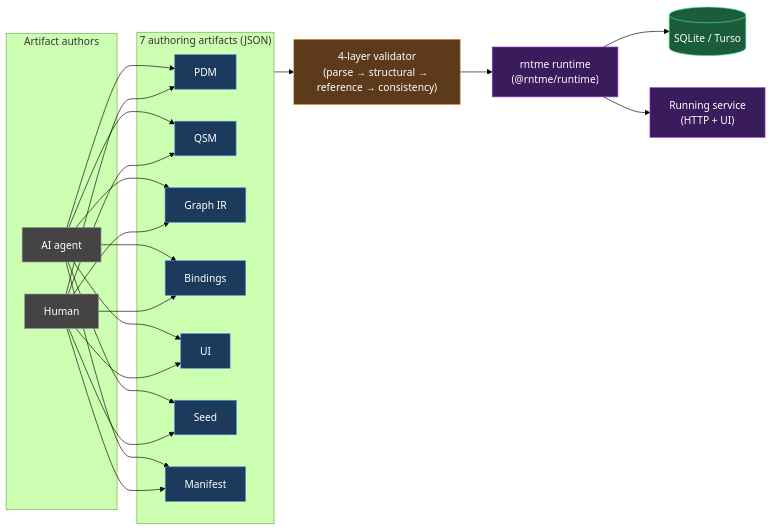
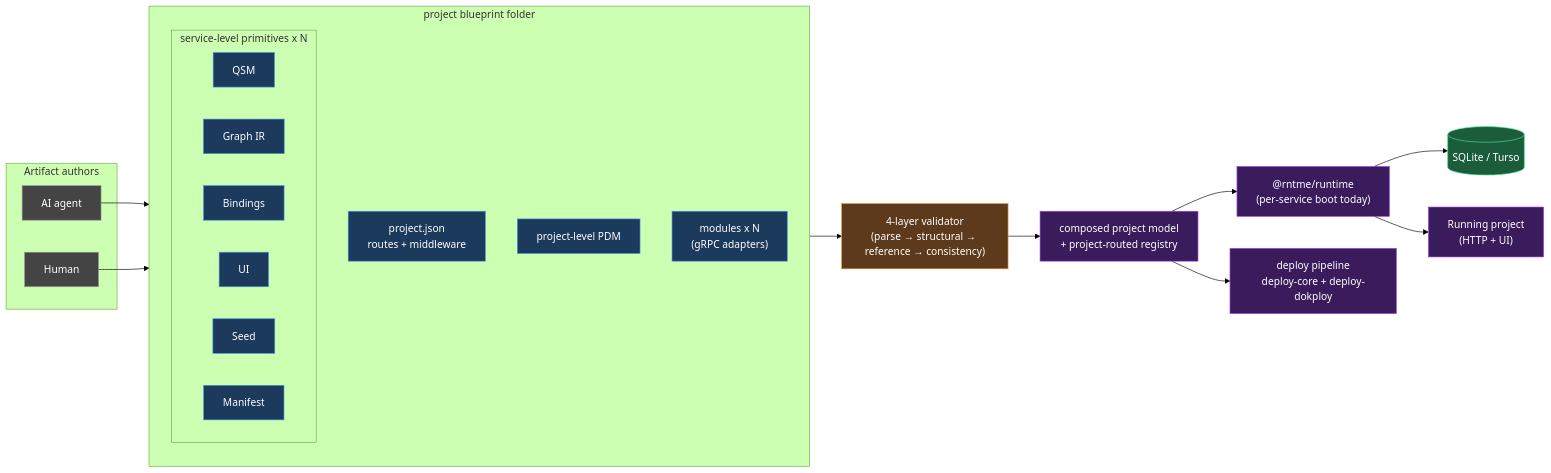
One commit to vladprrs/rntme changed the first of 18 diagrams in docs/architecture.md. Above: the diagram before and after it, drawn with Mermaid (forest theme). The commit also changed other lines of this file and 11 other files, not shown here.

````diff
--- a/docs/architecture.md
+++ b/docs/architecture.md
@@ -43,32 +43,40 @@
 ```mermaid
 flowchart LR
     subgraph authors["Artifact authors"]
         A["AI agent"]:::external
         H["Human"]:::external
     end
-    subgraph artifacts["7 authoring artifacts (JSON)"]
-        PDM["PDM"]:::artifact
-        QSM["QSM"]:::artifact
-        IR["Graph IR"]:::artifact
-        B["Bindings"]:::artifact
-        UI["UI"]:::artifact
-        S["Seed"]:::artifact
-        M["Manifest"]:::artifact
+    subgraph project["project blueprint folder"]
+        direction TB
+        PJ["project.json<br/>routes + middleware"]:::artifact
+        PPDM["project-level PDM"]:::artifact
+        subgraph svc["service-level primitives x N"]
+            QSM["QSM"]:::artifact
+            IR["Graph IR"]:::artifact
+            B["Bindings"]:::artifact
+            UI["UI"]:::artifact
+            S["Seed"]:::artifact
+            M["Manifest"]:::artifact
+        end
+        MOD["modules x N<br/>(gRPC adapters)"]:::artifact
     end
     V["4-layer validator<br/>(parse → structural → reference → consistency)"]:::validator
-    R["rntme runtime<br/>(@rntme/runtime)"]:::runtime
+    C["composed project model<br/>+ project-routed registry"]:::runtime
+    R["@rntme/runtime<br/>(per-service boot today)"]:::runtime
+    D["deploy pipeline<br/>deploy-core + deploy-dokploy"]:::runtime
     DB[("SQLite / Turso")]:::storage
-    UIS["Running service<br/>(HTTP + UI)"]:::runtime
+    UIS["Running project<br/>(HTTP + UI)"]:::runtime
 
-    A --> PDM & QSM & IR & B & UI & S & M
-    H --> PDM & QSM & IR & B & UI & S & M
-    artifacts --> V --> R
+    A --> project
+    H --> project
+    project --> V --> C --> R
+    C --> D
     R --> DB
     R --> UIS
 
     classDef artifact fill:#1b3a5c,stroke:#4a90e2,color:#fff;
     classDef validator fill:#5c3a1b,stroke:#e29a4a,color:#fff;
     classDef storage fill:#1b5c3a,stroke:#4ae29a,color:#fff;
     classDef runtime fill:#3a1b5c,stroke:#9a4ae2,color:#fff;
     classDef external fill:#444,stroke:#999,color:#fff;
 ```
````
